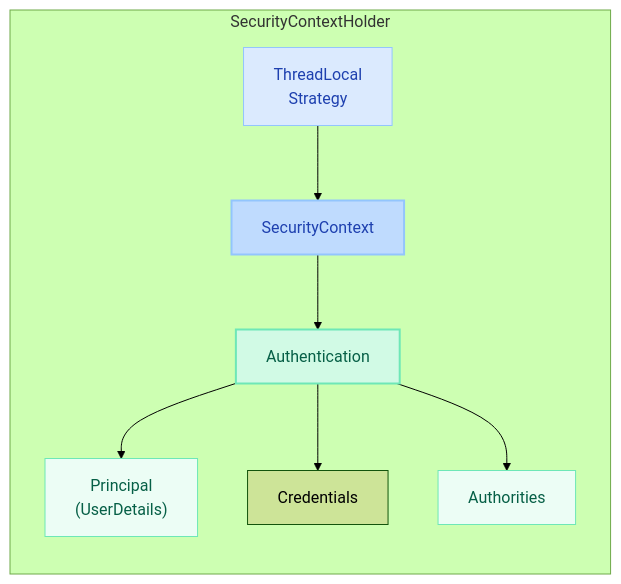
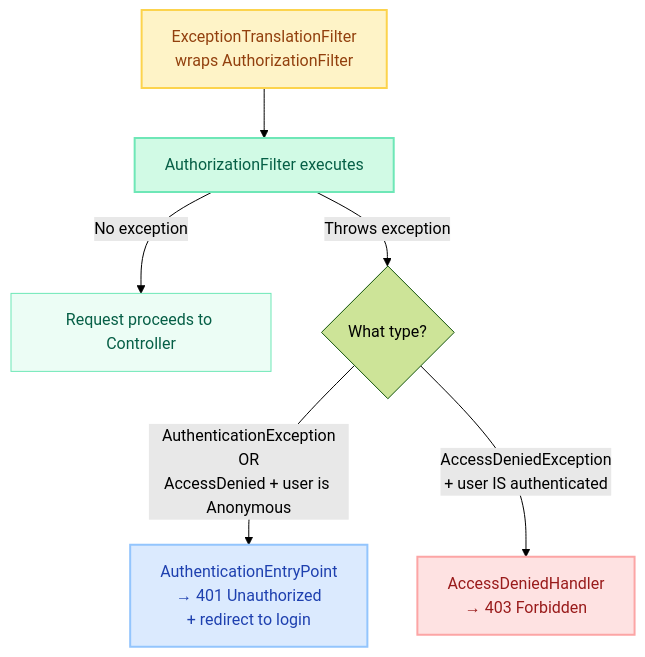
The fifth of 11 diagrams in docs/springboot/security-filter-chain.md (saivamsikaruturi/vamsilabs-dev-notes-main), drawn with Mermaid (forest theme) before and after one commit. The commit also changed other lines of this file and 21 other files, not shown here.

````diff
--- a/docs/springboot/security-filter-chain.md
+++ b/docs/springboot/security-filter-chain.md
@@ -330,18 +374,16 @@
 ```mermaid
-flowchart LR
-    subgraph SCH["SecurityContextHolder"]
-        direction TB
-        TL["ThreadLocal<br/>Strategy"]
-        TL --> SC["SecurityContext"]
-        SC --> Auth["Authentication"]
-        Auth --> Princ["Principal<br/>(UserDetails)"]
-        Auth --> Creds["Credentials"]
-        Auth --> Auths["Authorities"]
-    end
+flowchart TB
+    ETF["ExceptionTranslationFilter<br/>wraps AuthorizationFilter"] --> AF["AuthorizationFilter executes"]
 
-    style TL fill:#DBEAFE,stroke:#93C5FD,color:#1E40AF
-    style SC fill:#BFDBFE,stroke:#93C5FD,stroke-width:2px,color:#1E40AF
-    style Auth fill:#D1FAE5,stroke:#6EE7B7,stroke-width:2px,color:#065F46
-    style Princ fill:#ECFDF5,stroke:#6EE7B7,color:#065F46
-    style Auths fill:#ECFDF5,stroke:#6EE7B7,color:#065F46
+    AF -->|"No exception"| OK["Request proceeds to Controller"]
+    AF -->|"Throws exception"| Check{"What type?"}
+
+    Check -->|"AuthenticationException<br/>OR<br/>AccessDenied + user is Anonymous"| AEP["AuthenticationEntryPoint<br/>→ 401 Unauthorized<br/>+ redirect to login"]
+    Check -->|"AccessDeniedException<br/>+ user IS authenticated"| ADH["AccessDeniedHandler<br/>→ 403 Forbidden"]
+
+    style ETF fill:#FEF3C7,stroke:#FCD34D,stroke-width:2px,color:#92400E
+    style AF fill:#D1FAE5,stroke:#6EE7B7,stroke-width:2px,color:#065F46
+    style AEP fill:#DBEAFE,stroke:#93C5FD,stroke-width:2px,color:#1E40AF
+    style ADH fill:#FEE2E2,stroke:#FCA5A5,stroke-width:2px,color:#991B1B
+    style OK fill:#ECFDF5,stroke:#6EE7B7,color:#065F46
 ```
````
